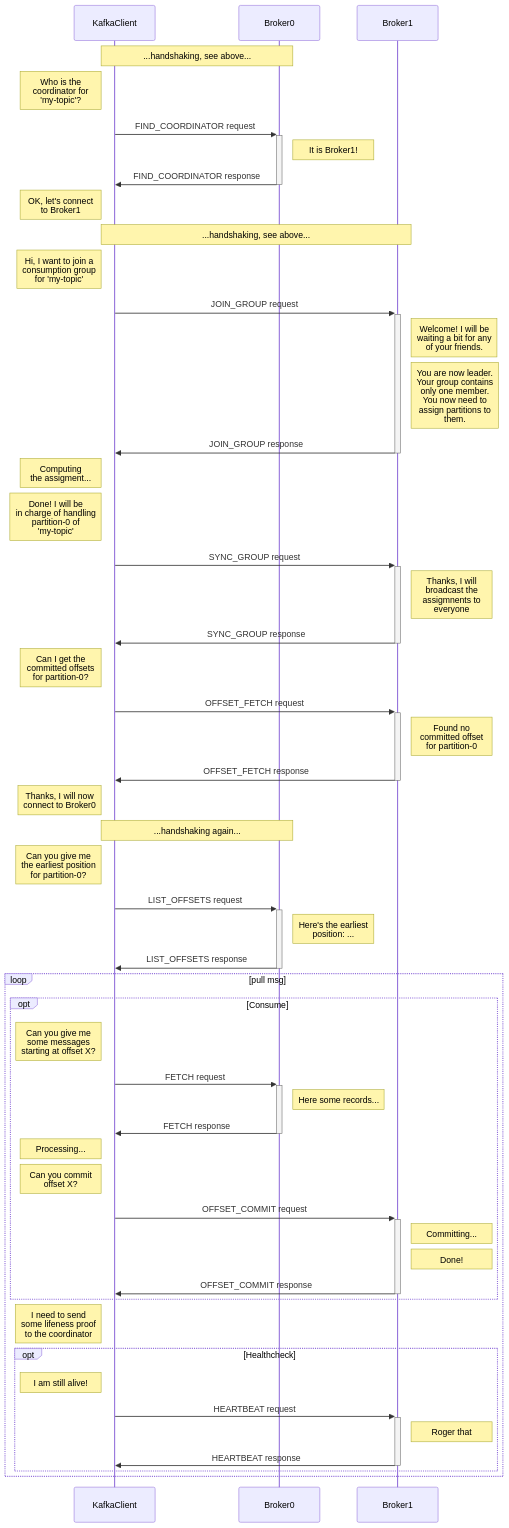
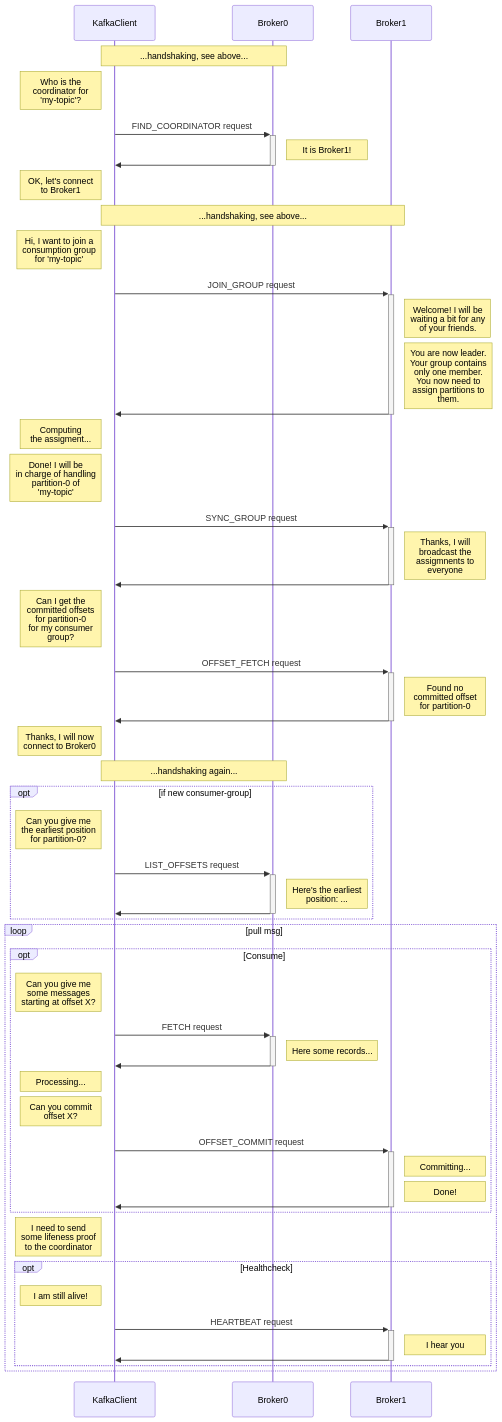
Before and after one commit to PierreZ/pierrezemb.fr: the third of 3 diagrams in content/posts/diving-into-kafka-protocol/index.md, drawn with Mermaid. The commit also changed other lines of this file, not shown here.

Commit message:
publish kafka protocol

```diff
--- a/content/posts/diving-into-kafka-protocol/index.md
+++ b/content/posts/diving-into-kafka-protocol/index.md
@@ -99,71 +110,72 @@
 {{<mermaid>}}
 sequenceDiagram
 
     Note over KafkaClient,Broker0: ...handshaking, see above...
 
     Note left of KafkaClient: Who is the <br/> coordinator for<br/> 'my-topic'?
     KafkaClient ->>+ Broker0: FIND_COORDINATOR request
 
     Note right of Broker0: It is Broker1!
-    Broker0 ->>- KafkaClient: FIND_COORDINATOR response
+    Broker0 ->>- KafkaClient: 
 
     Note left of KafkaClient: OK, let's connect<br/> to Broker1
     Note over KafkaClient,Broker1: ...handshaking, see above...
 
     Note left of KafkaClient: Hi, I want to join a <br/> consumption group <br/>for 'my-topic'
     KafkaClient ->>+ Broker1: JOIN_GROUP request
 
     Note right of Broker1: Welcome! I will be <br/> waiting a bit for any <br/>of your friends.
     Note right of Broker1: You are now leader. <br/>Your group contains <br/> only one member.<br/> You now  need to <br/> assign partitions to <br/> them. 
-    Broker1 ->>- KafkaClient: JOIN_GROUP response
+    Broker1 ->>- KafkaClient: 
 
     Note left of KafkaClient: Computing <br/>the assigment...
     Note left of KafkaClient: Done! I will be <br/> in charge of handling <br/> partition-0 of <br/>'my-topic'
     KafkaClient ->>+ Broker1: SYNC_GROUP request
 
     Note right of Broker1: Thanks, I will <br/>broadcast the <br/>assigmnents to <br/>everyone
-    Broker1 ->>- KafkaClient: SYNC_GROUP response
+    Broker1 ->>- KafkaClient: 
 
-    Note left of KafkaClient: Can I get the <br/> committed offsets <br/> for partition-0?
+    Note left of KafkaClient: Can I get the <br/> committed offsets <br/> for partition-0<br/>for my consumer<br/>group?
     KafkaClient ->>+ Broker1: OFFSET_FETCH request
 
     Note right of Broker1: Found no <br/>committed offset<br/> for partition-0
-    Broker1 ->>- KafkaClient: OFFSET_FETCH response
+    Broker1 ->>- KafkaClient: 
 
     Note left of KafkaClient: Thanks, I will now <br/>connect to Broker0
 
     Note over KafkaClient,Broker0: ...handshaking again...
 
-    Note left of KafkaClient: Can you give me<br/> the earliest position<br/> for partition-0?
-    KafkaClient ->>+ Broker0: LIST_OFFSETS request
+    opt if new consumer-group
+        Note left of KafkaClient: Can you give me<br/> the earliest position<br/> for partition-0?
+        KafkaClient ->>+ Broker0: LIST_OFFSETS request
         
-    Note right of Broker0: Here's the earliest <br/> position: ...
-    Broker0 ->>- KafkaClient: LIST_OFFSETS response
-    
+        Note right of Broker0: Here's the earliest <br/> position: ...
+        Broker0 ->>- KafkaClient: 
+    end 
     loop pull msg
 
         opt Consume
             Note left of KafkaClient: Can you give me<br/> some messages <br/> starting  at offset X?
             KafkaClient ->>+ Broker0: FETCH request
 
             Note right of Broker0: Here some records...
-            Broker0 ->>- KafkaClient: FETCH response
+            Broker0 ->>- KafkaClient: 
 
             Note left of KafkaClient: Processing...
             Note left of KafkaClient: Can you commit <br/>offset X?
             KafkaClient ->>+ Broker1: OFFSET_COMMIT request
 
             Note right of Broker1: Committing...
             Note right of Broker1: Done!
-            Broker1 ->>- KafkaClient: OFFSET_COMMIT response
+            Broker1 ->>- KafkaClient: 
         end
 
         Note left of KafkaClient: I need to send <br/> some lifeness proof <br/> to the coordinator           
         opt Healthcheck
             Note left of KafkaClient: I am still alive!  
             KafkaClient ->>+ Broker1: HEARTBEAT request
-            Note right of Broker1: Roger that
-            Broker1 ->>- KafkaClient: HEARTBEAT response
+            Note right of Broker1: I hear you
+            Broker1 ->>- KafkaClient: 
         end
     end 
 {{</mermaid>}}
```
